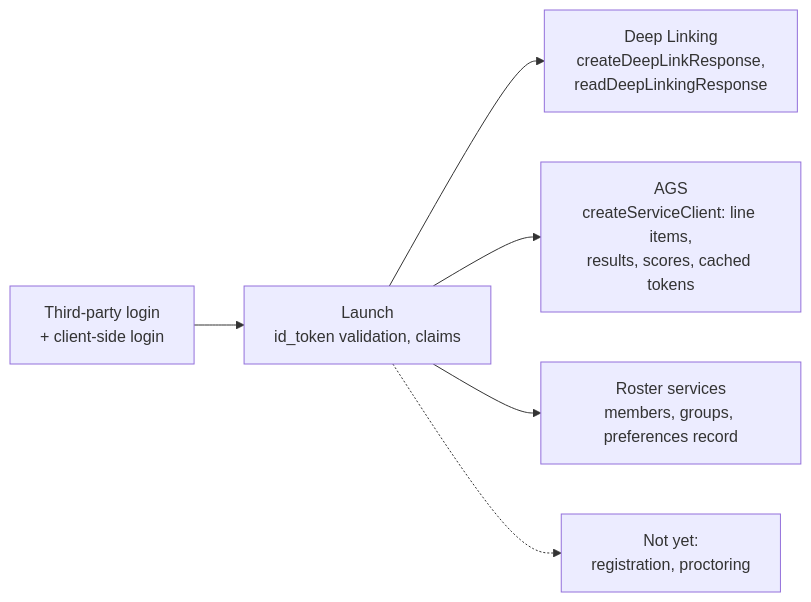
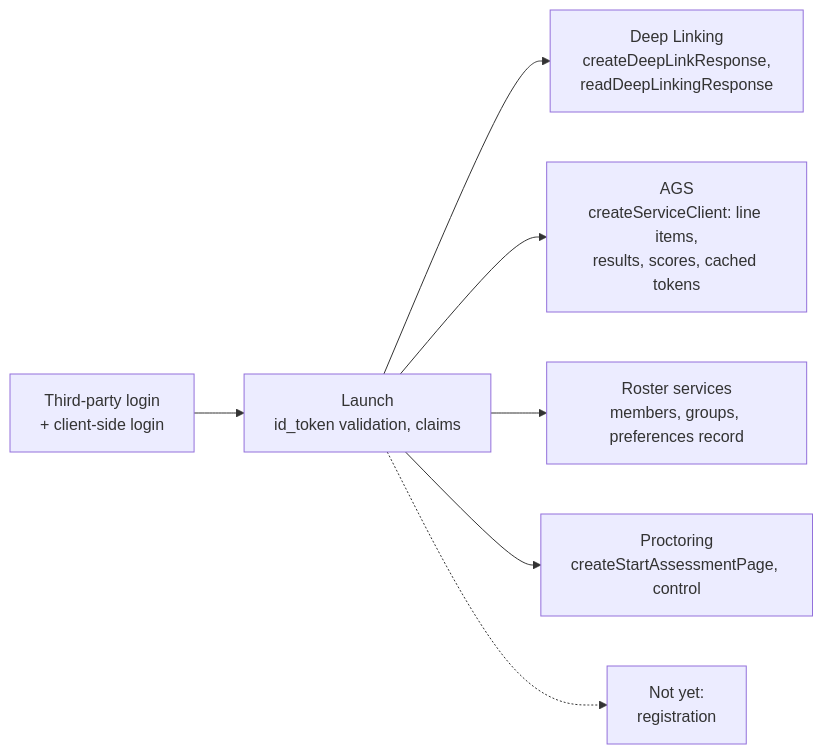
One commit to interopkit/interopkit changed the first of 2 diagrams in docs/tool-integration/supported.md. Above: the diagram before and after it, drawn with Mermaid. The commit also changed other lines of this file and 43 other files, not shown here.

````diff
--- a/docs/tool-integration/supported.md
+++ b/docs/tool-integration/supported.md
@@ -6,8 +6,9 @@
 ```mermaid
 flowchart LR
   login["Third-party login<br/>+ client-side login"] --> launch["Launch<br/>id_token validation, claims"]
   launch --> dl["Deep Linking<br/>createDeepLinkResponse,<br/>readDeepLinkingResponse"]
   launch --> ags["AGS<br/>createServiceClient: line items,<br/>results, scores, cached tokens"]
   launch --> roster["Roster services<br/>members, groups, preferences record"]
-  launch -.-> missing["Not yet:<br/>registration, proctoring"]
+  launch --> proctoring["Proctoring<br/>createStartAssessmentPage, control"]
+  launch -.-> missing["Not yet:<br/>registration"]
 ```
````
